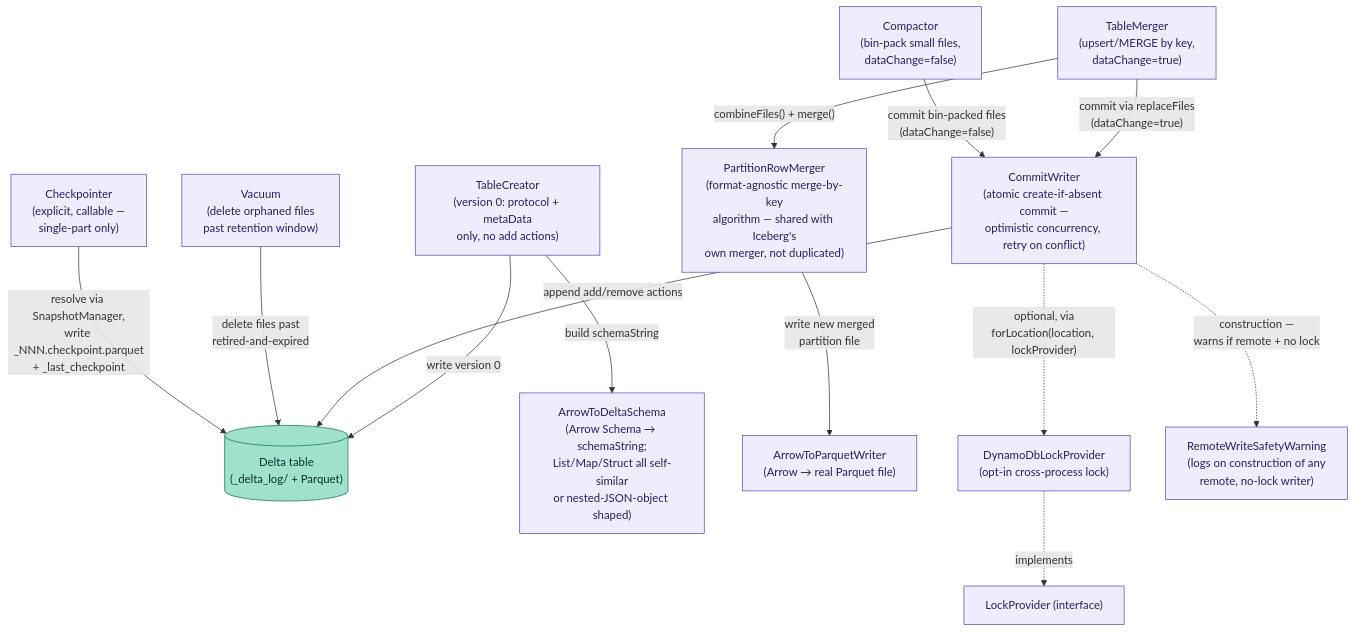
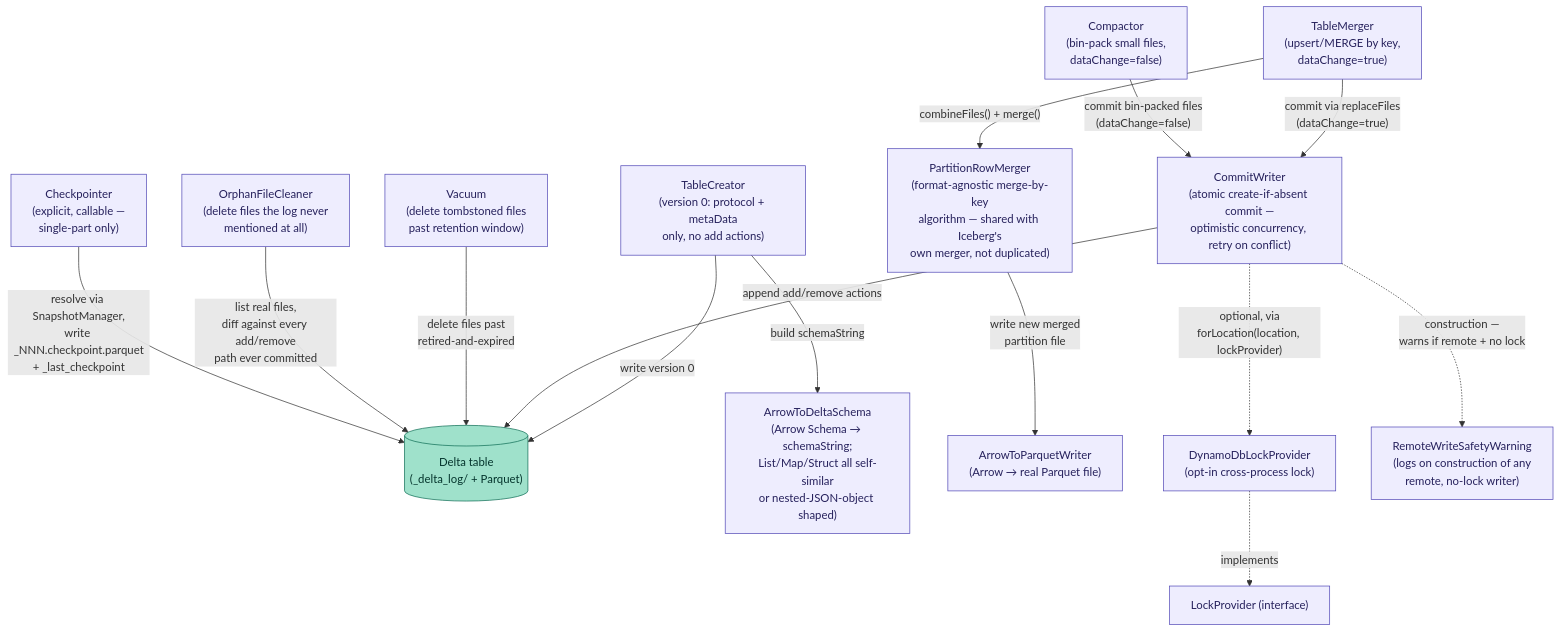
One commit to codelabuk/labukDB changed the diagram in docs/diagrams/delta-write-path.md. Above: the diagram before and after it, drawn with Mermaid. The commit also changed other lines of this file and 6 other files, not shown here.

First line of the commit message:
Add OrphanFileCleaner: delete Parquet files no commit ever mentioned

````diff
--- a/docs/diagrams/delta-write-path.md
+++ b/docs/diagrams/delta-write-path.md
@@ -3,37 +3,39 @@
 ```mermaid
 flowchart TB
     classDef coreModule fill:#EEEDFE,stroke:#534AB7,color:#26215C
     classDef storageNode fill:#9FE1CB,stroke:#0F6E56,color:#04342C
 
     DT[("Delta table<br/>(_delta_log/ + Parquet)")]:::storageNode
 
     TCR["TableCreator<br/>(version 0: protocol + metaData<br/>only, no add actions)"]:::coreModule
     ADS["ArrowToDeltaSchema<br/>(Arrow Schema → schemaString;<br/>List/Map/Struct all self-similar<br/>or nested-JSON-object shaped)"]:::coreModule
     ATPW["ArrowToParquetWriter<br/>(Arrow → real Parquet file)"]:::coreModule
 
     CW["CommitWriter<br/>(atomic create-if-absent commit —<br/>optimistic concurrency, retry on conflict)"]:::coreModule
     TMRG["TableMerger<br/>(upsert/MERGE by key,<br/>dataChange=true)"]:::coreModule
     PRM["PartitionRowMerger<br/>(format-agnostic merge-by-key<br/>algorithm — shared with Iceberg's<br/>own merger, not duplicated)"]:::coreModule
     COMP["Compactor<br/>(bin-pack small files,<br/>dataChange=false)"]:::coreModule
-    VAC["Vacuum<br/>(delete orphaned files<br/>past retention window)"]:::coreModule
+    VAC["Vacuum<br/>(delete tombstoned files<br/>past retention window)"]:::coreModule
+    ORPH["OrphanFileCleaner<br/>(delete files the log never<br/>mentioned at all)"]:::coreModule
     CKPT["Checkpointer<br/>(explicit, callable —<br/>single-part only)"]:::coreModule
 
     LP["LockProvider (interface)"]:::coreModule
     DDBL["DynamoDbLockProvider<br/>(opt-in cross-process lock)"]:::coreModule
     RWSW["RemoteWriteSafetyWarning<br/>(logs on construction of any<br/>remote, no-lock writer)"]:::coreModule
 
     TCR -- "build schemaString" --> ADS
     TCR -- "write version 0" --> DT
 
     CW -- "append add/remove actions" --> DT
     TMRG -- "combineFiles() + merge()" --> PRM
     TMRG -- "commit via replaceFiles<br/>(dataChange=true)" --> CW
     COMP -- "commit bin-packed files<br/>(dataChange=false)" --> CW
     VAC -- "delete files past<br/>retired-and-expired" --> DT
+    ORPH -- "list real files,<br/>diff against every add/remove<br/>path ever committed" --> DT
     CKPT -- "resolve via SnapshotManager,<br/>write _NNN.checkpoint.parquet<br/>+ _last_checkpoint" --> DT
     PRM -- "write new merged<br/>partition file" --> ATPW
 
     CW -. "optional, via<br/>forLocation(location, lockProvider)" .-> DDBL
     CW -. "construction —<br/>warns if remote + no lock" .-> RWSW
     DDBL -. implements .-> LP
 ```
````
